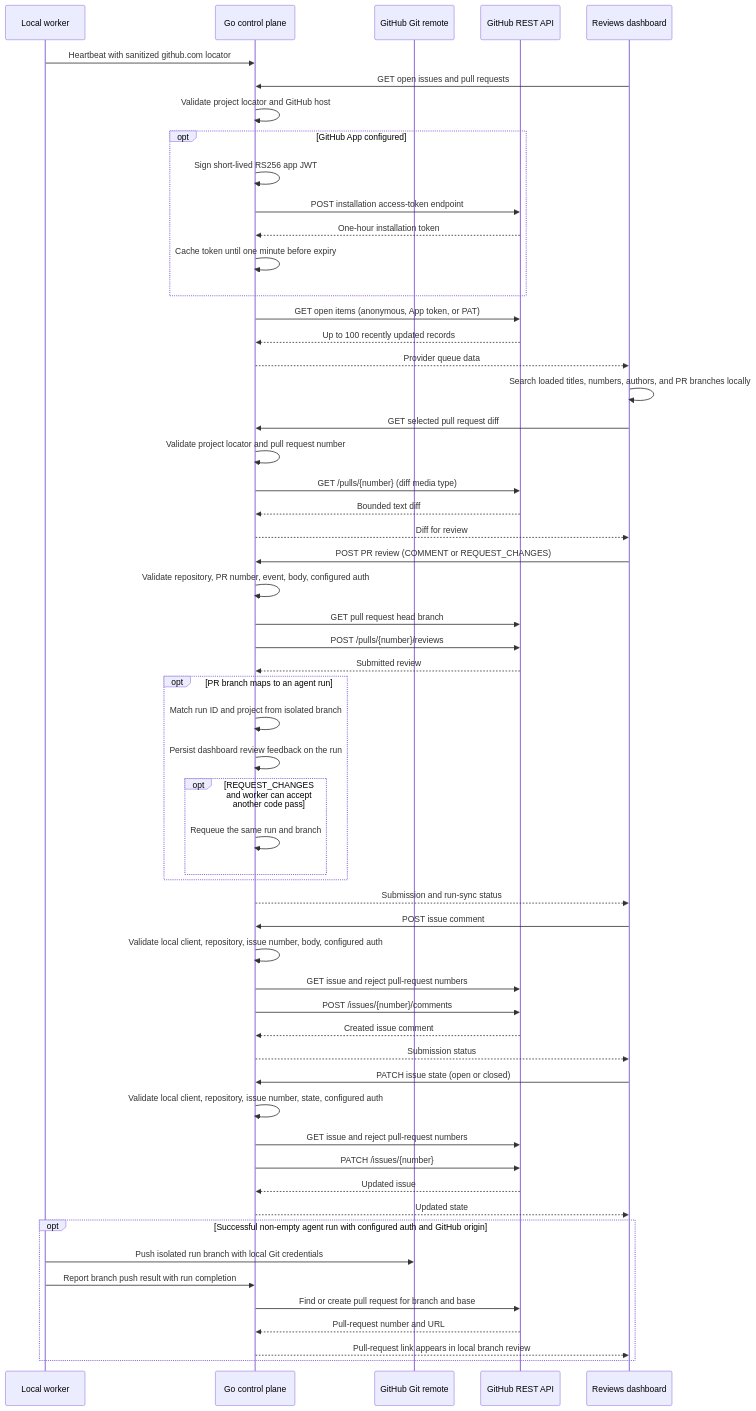
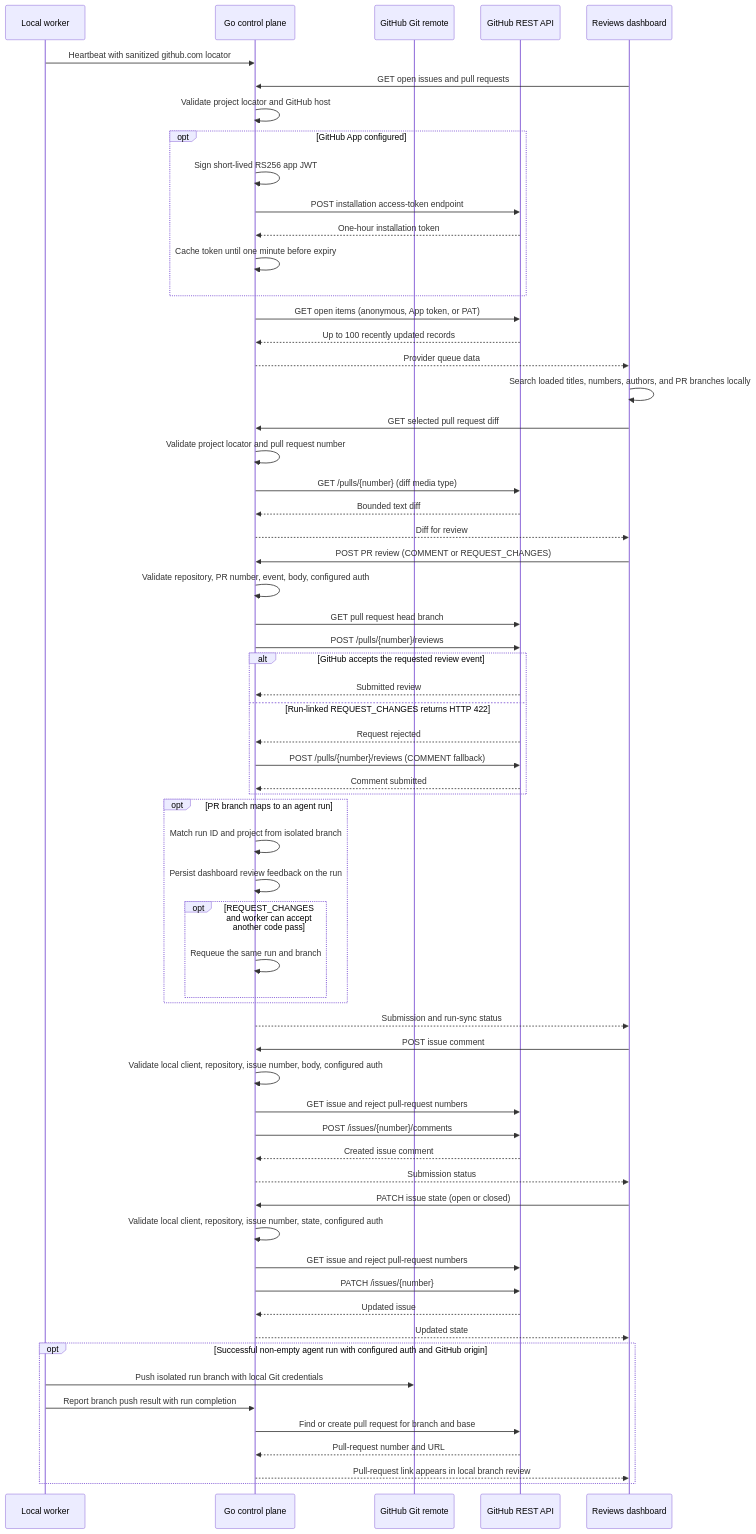
One commit to bogdaniel/zenchron-engineering-os changed the diagram in docs/features/github-review-sync.md. Above: the diagram before and after it, drawn with Mermaid. The commit also changed other lines of this file and 5 other files, not shown here.

Commit message:
fix(reviews): retain run change requests after GitHub 422 (#397)

````diff
--- a/docs/features/github-review-sync.md
+++ b/docs/features/github-review-sync.md
@@ -14,58 +14,64 @@
 ```mermaid
 sequenceDiagram
     participant Worker as Local worker
     participant API as Go control plane
     participant Remote as GitHub Git remote
     participant GH as GitHub REST API
     participant UI as Reviews dashboard
     Worker->>API: Heartbeat with sanitized github.com locator
     UI->>API: GET open issues and pull requests
     API->>API: Validate project locator and GitHub host
     opt GitHub App configured
         API->>API: Sign short-lived RS256 app JWT
         API->>GH: POST installation access-token endpoint
         GH-->>API: One-hour installation token
         API->>API: Cache token until one minute before expiry
     end
     API->>GH: GET open items (anonymous, App token, or PAT)
     GH-->>API: Up to 100 recently updated records
     API-->>UI: Provider queue data
     UI->>UI: Search loaded titles, numbers, authors, and PR branches locally
     UI->>API: GET selected pull request diff
     API->>API: Validate project locator and pull request number
     API->>GH: GET /pulls/{number} (diff media type)
     GH-->>API: Bounded text diff
     API-->>UI: Diff for review
     UI->>API: POST PR review (COMMENT or REQUEST_CHANGES)
     API->>API: Validate repository, PR number, event, body, configured auth
     API->>GH: GET pull request head branch
     API->>GH: POST /pulls/{number}/reviews
-    GH-->>API: Submitted review
+    alt GitHub accepts the requested review event
+        GH-->>API: Submitted review
+    else Run-linked REQUEST_CHANGES returns HTTP 422
+        GH-->>API: Request rejected
+        API->>GH: POST /pulls/{number}/reviews (COMMENT fallback)
+        GH-->>API: Comment submitted
+    end
     opt PR branch maps to an agent run
         API->>API: Match run ID and project from isolated branch
         API->>API: Persist dashboard review feedback on the run
         opt REQUEST_CHANGES and worker can accept another code pass
             API->>API: Requeue the same run and branch
         end
     end
     API-->>UI: Submission and run-sync status
     UI->>API: POST issue comment
     API->>API: Validate local client, repository, issue number, body, configured auth
     API->>GH: GET issue and reject pull-request numbers
     API->>GH: POST /issues/{number}/comments
     GH-->>API: Created issue comment
     API-->>UI: Submission status
     UI->>API: PATCH issue state (open or closed)
     API->>API: Validate local client, repository, issue number, state, configured auth
     API->>GH: GET issue and reject pull-request numbers
     API->>GH: PATCH /issues/{number}
     GH-->>API: Updated issue
     API-->>UI: Updated state
     opt Successful non-empty agent run with configured auth and GitHub origin
         Worker->>Remote: Push isolated run branch with local Git credentials
         Worker->>API: Report branch push result with run completion
         API->>GH: Find or create pull request for branch and base
         GH-->>API: Pull-request number and URL
         API-->>UI: Pull-request link appears in local branch review
     end
 ```
````
